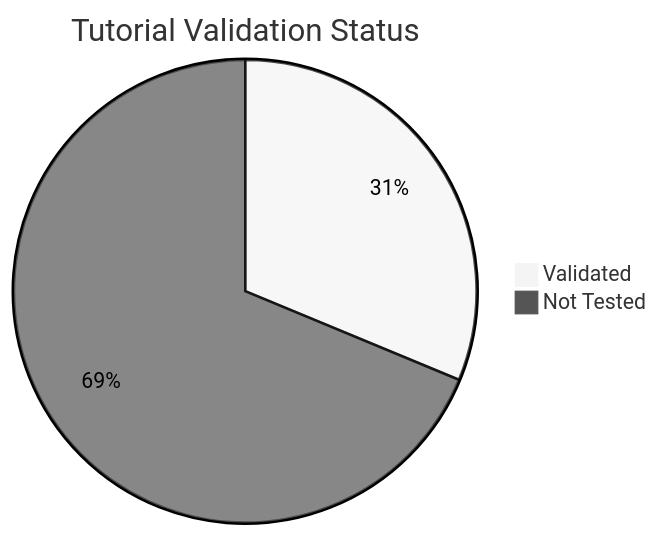
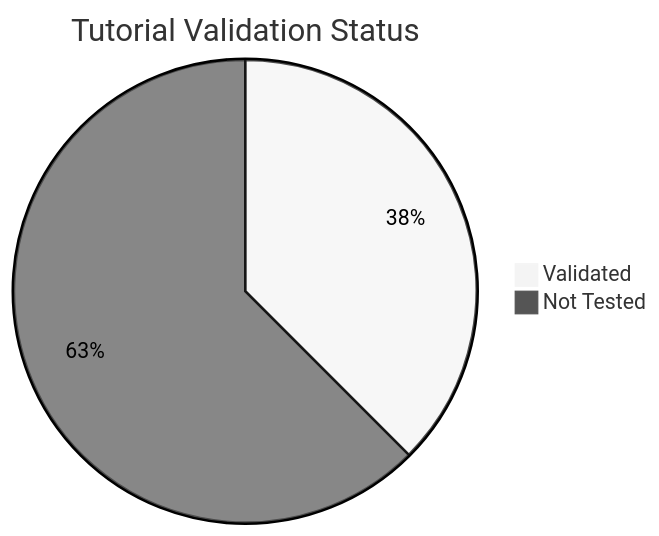
The diagram in docs/reference/validation-status.md (yeongseon/azure-functions-practical-guide), drawn with Mermaid (neutral theme) before and after one commit. The commit also changed other lines of this file and 7 other files, not shown here.

````diff
--- a/docs/reference/validation-status.md
+++ b/docs/reference/validation-status.md
@@ -17,5 +17,5 @@
 ```mermaid
 pie title Tutorial Validation Status
-    "Validated" : 35
-    "Not Tested" : 77
+    "Validated" : 42
+    "Not Tested" : 70
 ```
````
